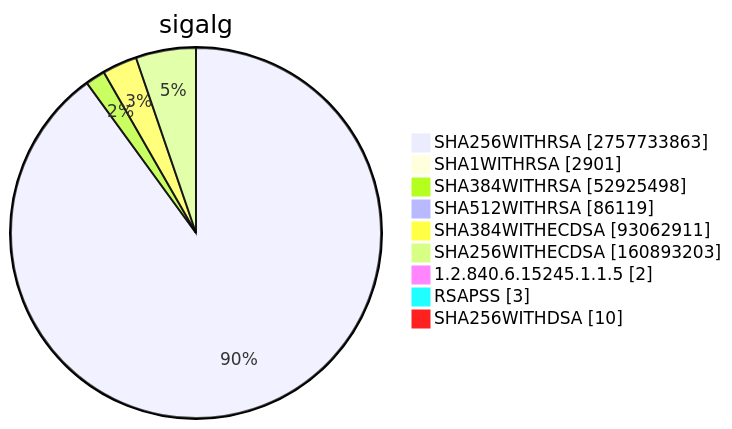
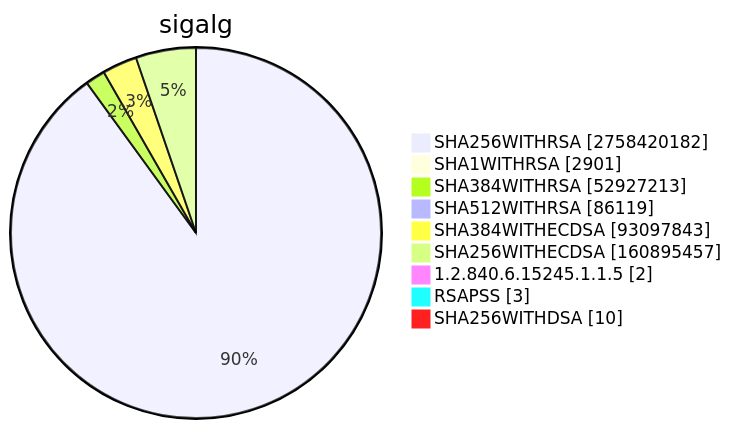
Before and after one commit to christiankrug/ctmonitor_visualization: diagram 15 of 15 in TOTAL/README.md, drawn with Mermaid. The commit also changed other lines of this file, not shown here.

````diff
--- a/TOTAL/README.md
+++ b/TOTAL/README.md
@@ -6207,13 +6207,13 @@
 ```mermaid
 pie showData
 title sigalg
-"SHA256WITHRSA" :2757733863
+"SHA256WITHRSA" :2758420182
 "SHA1WITHRSA" :2901
-"SHA384WITHRSA" :52925498
+"SHA384WITHRSA" :52927213
 "SHA512WITHRSA" :86119
-"SHA384WITHECDSA" :93062911
-"SHA256WITHECDSA" :160893203
+"SHA384WITHECDSA" :93097843
+"SHA256WITHECDSA" :160895457
 "1.2.840.6.15245.1.1.5" :2
 "RSAPSS" :3
 "SHA256WITHDSA" :10
 ```
````
